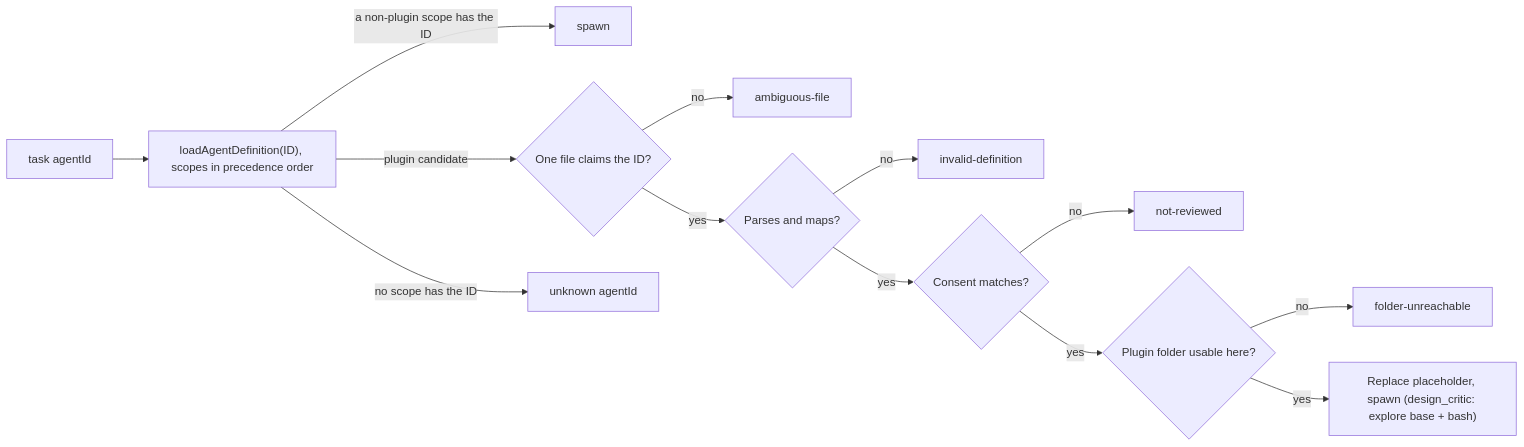
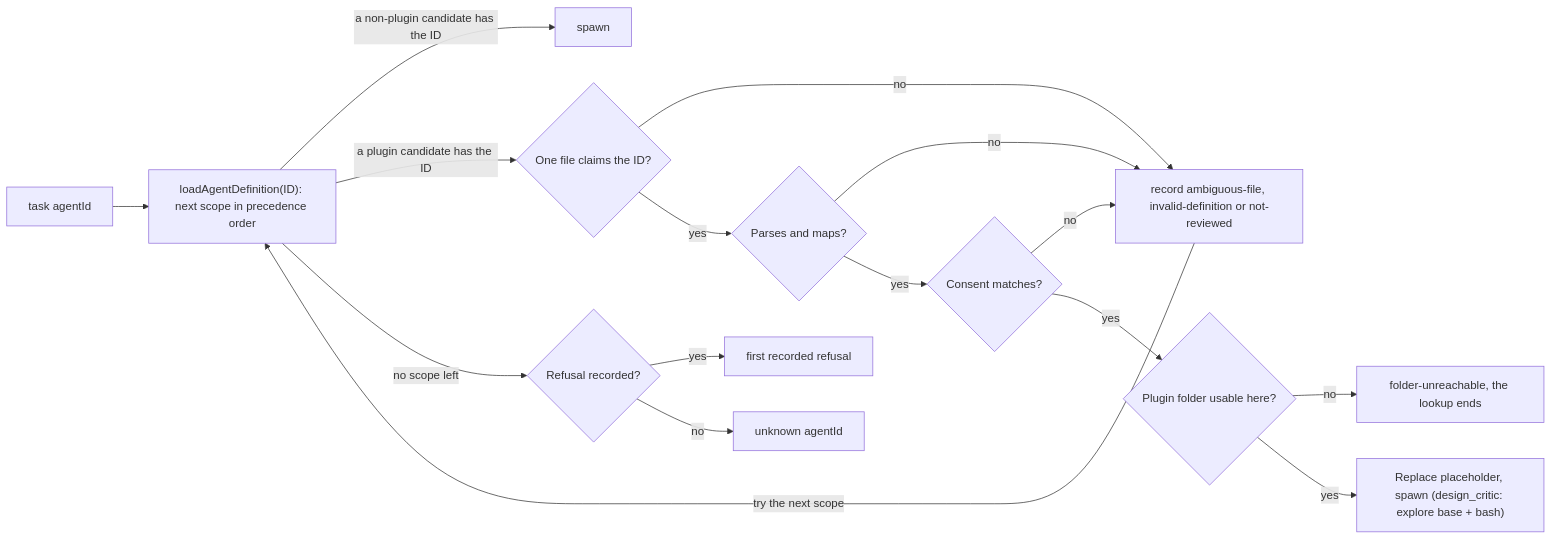
One commit to coder/xum changed the first of 2 diagrams in rfc/20261104_plugin-install-methods.md. Above: the diagram before and after it, drawn with Mermaid. The commit also changed other lines of this file and 1 other file, not shown here.

First line of the commit message:
🤖 docs: settle A4 lookup order and verifier corrections in the RFCs

````diff
--- a/rfc/20261104_plugin-install-methods.md
+++ b/rfc/20261104_plugin-install-methods.md
@@ -146,15 +151,18 @@
 ```mermaid
 flowchart LR
-  T["task agentId"] --> L["loadAgentDefinition(ID), scopes in precedence order"]
-  L -->|"a non-plugin scope has the ID"| OK["spawn"]
-  L -->|"plugin candidate"| F{"One file claims the ID?"}
-  F -->|no| E4["ambiguous-file"]
+  T["task agentId"] --> L["loadAgentDefinition(ID): next scope in precedence order"]
+  L -->|"a non-plugin candidate has the ID"| OK["spawn"]
+  L -->|"a plugin candidate has the ID"| F{"One file claims the ID?"}
+  F -->|no| K["record ambiguous-file, invalid-definition or not-reviewed"]
   F -->|yes| P{"Parses and maps?"}
-  P -->|no| E5["invalid-definition"]
+  P -->|no| K
   P -->|yes| C{"Consent matches?"}
-  C -->|no| E2["not-reviewed"]
+  C -->|no| K
   C -->|yes| A{"Plugin folder usable here?"}
-  A -->|no| E3["folder-unreachable"]
+  A -->|no| E3["folder-unreachable, the lookup ends"]
   A -->|yes| S["Replace placeholder, spawn (design_critic: explore base + bash)"]
-  L -->|"no scope has the ID"| E0["unknown agentId"]
+  K -->|"try the next scope"| L
+  L -->|"no scope left"| R{"Refusal recorded?"}
+  R -->|yes| E1["first recorded refusal"]
+  R -->|no| E0["unknown agentId"]
 ```
````
